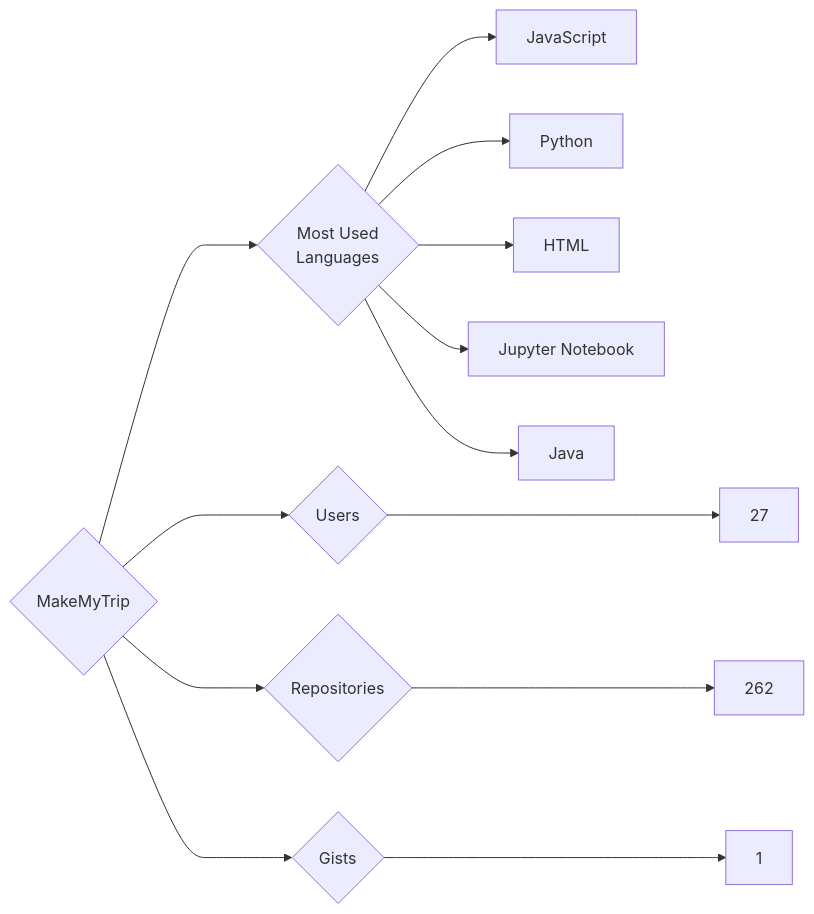
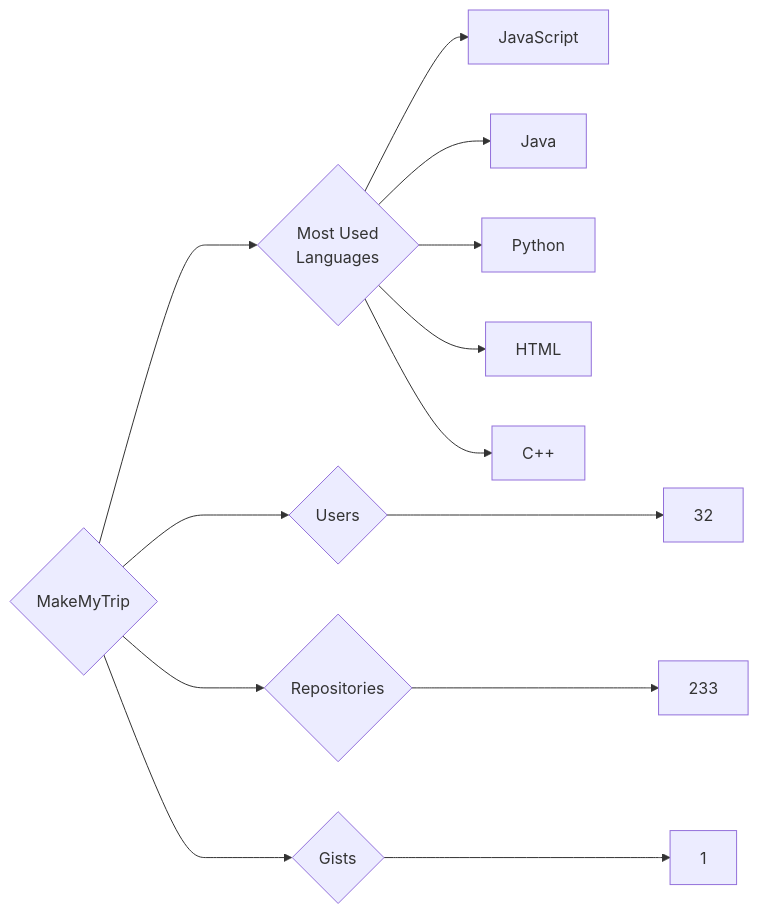
One commit to trickest/insiders changed the diagram in targets/MakeMyTrip/README.md. Above: the diagram before and after it, drawn with Mermaid. The commit also changed 925 other files, not shown here.

````diff
--- a/targets/MakeMyTrip/README.md
+++ b/targets/MakeMyTrip/README.md
@@ -3,13 +3,13 @@
 ```mermaid
 graph LR
 COMPANY_NAME{MakeMyTrip}
-COMPANY_NAME ---> U{Users} ---> UN[27]
-COMPANY_NAME ---> R{Repositories} ---> RN[262]
+COMPANY_NAME ---> U{Users} ---> UN[32]
+COMPANY_NAME ---> R{Repositories} ---> RN[233]
 COMPANY_NAME ---> G{Gists} ---> GN[1]
 COMPANY_NAME ---> ML{Most Used<br>Languages}
 ML --> JavaScript[JavaScript]
+ML --> Java[Java]
 ML --> Python[Python]
 ML --> HTML[HTML]
-ML --> Jupyter_Notebook[Jupyter Notebook]
-ML --> Java[Java]
+ML --> C++[C++]
 ```
````
